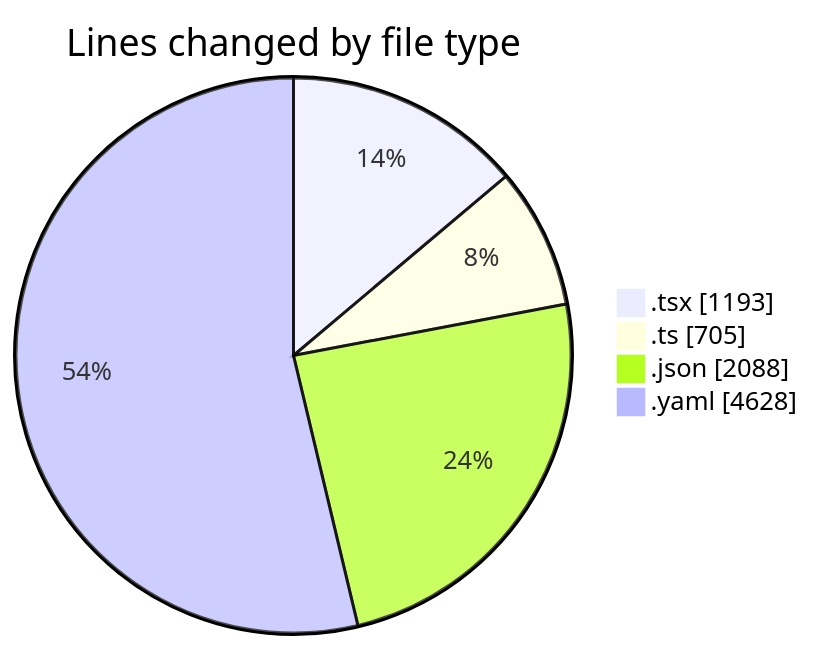
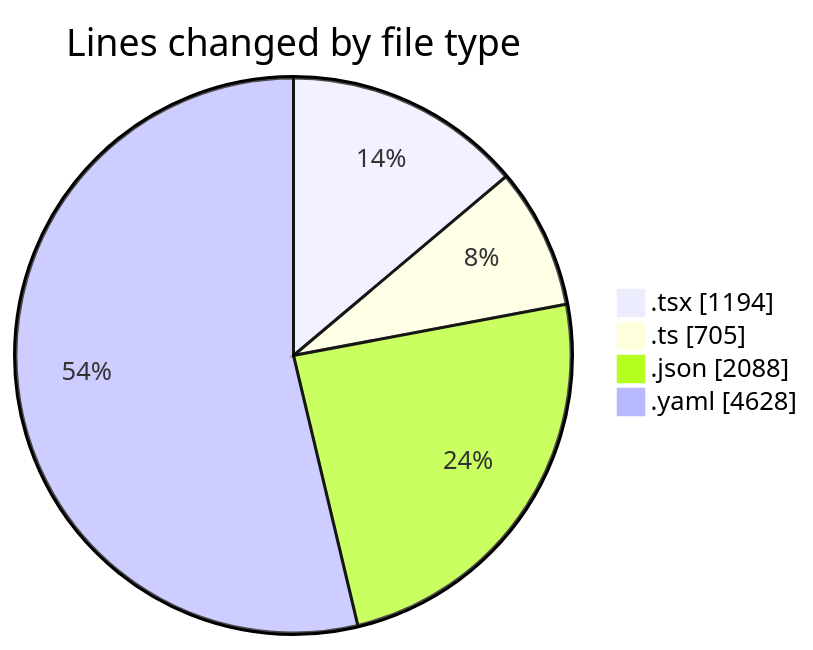
One commit to julien-gomy/code-tracking changed the first of 2 diagrams in 2025-10-31/eventscop-frontend-guide__workspace_/README.md. Above: the diagram before and after it, drawn with Mermaid. The commit also changed other lines of this file and 1 other file, not shown here.

````diff
--- a/2025-10-31/eventscop-frontend-guide__workspace_/README.md
+++ b/2025-10-31/eventscop-frontend-guide__workspace_/README.md
@@ -33,8 +33,8 @@
 ```mermaid
 pie showData
 title Lines changed by file type
-".tsx" : 1193
+".tsx" : 1194
 ".ts" : 705
 ".json" : 2088
 ".yaml" : 4628
 ```
````
